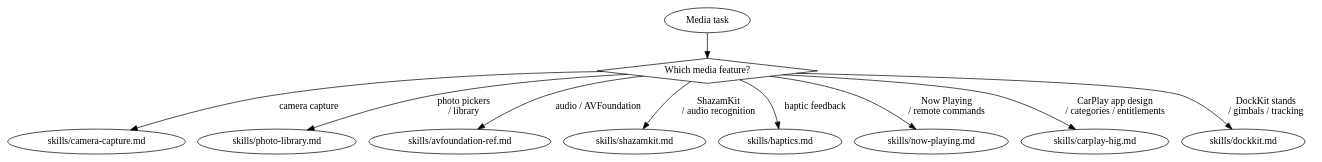
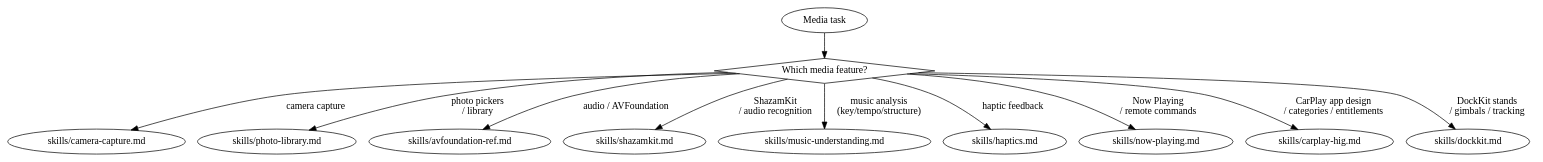
Before and after one commit to CharlesWiltgen/Axiom: the diagram in .claude-plugin/plugins/axiom/skills/axiom-media/SKILL.md, drawn with Graphviz. The commit also changed other lines of this file and 2 other files, not shown here.

Commit message:
feat(skills): OS27 media — NowPlaying framework fold, new MusicUnderstanding sub-skill

````diff
--- a/.claude-plugin/plugins/axiom/skills/axiom-media/SKILL.md
+++ b/.claude-plugin/plugins/axiom/skills/axiom-media/SKILL.md
@@ -35,16 +37,17 @@
 ```dot
 digraph media {
     start [label="Media task" shape=ellipse];
     what [label="Which media feature?" shape=diamond];
 
     start -> what;
     what -> "skills/camera-capture.md" [label="camera capture"];
     what -> "skills/photo-library.md" [label="photo pickers\n/ library"];
     what -> "skills/avfoundation-ref.md" [label="audio / AVFoundation"];
     what -> "skills/shazamkit.md" [label="ShazamKit\n/ audio recognition"];
+    what -> "skills/music-understanding.md" [label="music analysis\n(key/tempo/structure)"];
     what -> "skills/haptics.md" [label="haptic feedback"];
     what -> "skills/now-playing.md" [label="Now Playing\n/ remote commands"];
     what -> "skills/carplay-hig.md" [label="CarPlay app design\n/ categories / entitlements"];
     what -> "skills/dockkit.md" [label="DockKit stands\n/ gimbals / tracking"];
 }
 ```
````
